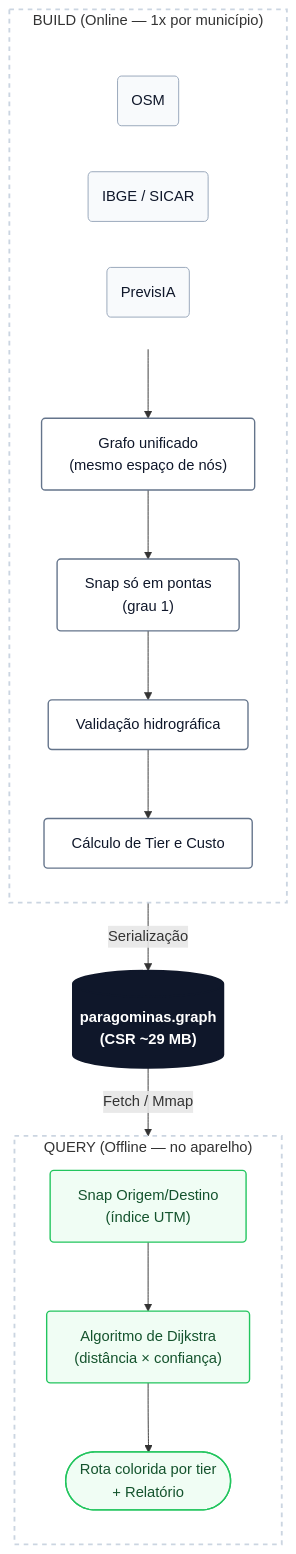
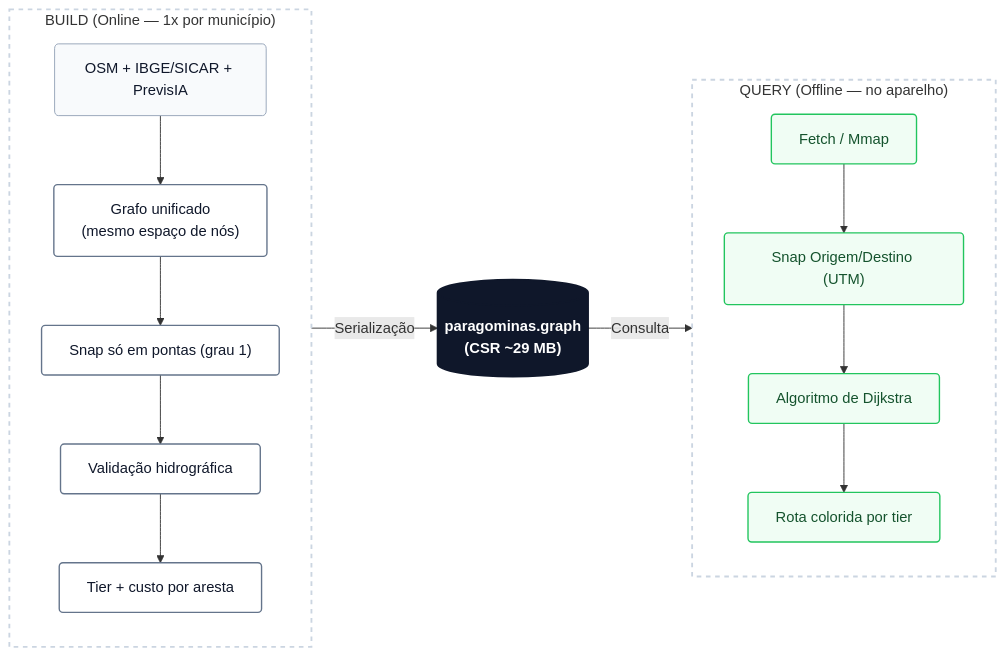
The diagram in README.md (samuel-c-santos/amazoniahack), drawn with Mermaid before and after one commit.

Commit message:
Atualiza o README para refletir melhorias na abordagem de roteamento e resultados obtidos.

````diff
--- a/README.md
+++ b/README.md
@@ -46,49 +46,39 @@
 ```mermaid
-flowchart TB
-    %% Paleta de alta legibilidade (UX limpo, foco em contraste para o GitHub)
+flowchart LR
+    %% Estilos limpos e acadêmicos
     classDef source fill:#f8fafc,stroke:#94a3b8,stroke-width:1px,color:#0f172a,rx:4px
     classDef process fill:#ffffff,stroke:#64748b,stroke-width:1.5px,color:#0f172a,rx:4px
     classDef artifact fill:#0f172a,stroke:#0f172a,stroke-width:2px,color:#ffffff,font-weight:bold,rx:6px
     classDef query fill:#f0fdf4,stroke:#22c55e,stroke-width:1.5px,color:#14532d,rx:4px
 
     subgraph BUILD ["BUILD (Online — 1x por município)"]
         direction TB
+        B1("OSM + IBGE/SICAR + PrevisIA"):::source
+        B2["Grafo unificado<br/>(mesmo espaço de nós)"]:::process
+        B3["Snap só em pontas (grau 1)"]:::process
+        B4["Validação hidrográfica"]:::process
+        B5["Tier + custo por aresta"]:::process
         
-        subgraph FONTES [" "]
-            direction LR
-            D1("OSM"):::source
-            D2("IBGE / SICAR"):::source
-            D3("PrevisIA"):::source
-        end
-
-        P1["Grafo unificado<br/>(mesmo espaço de nós)"]:::process
-        P2["Snap só em pontas<br/>(grau 1)"]:::process
-        P3["Validação hidrográfica"]:::process
-        P4["Cálculo de Tier e Custo"]:::process
-
-        FONTES --> P1
-        P1 --> P2
-        P2 --> P3
-        P3 --> P4
+        B1 --> B2 --> B3 --> B4 --> B5
     end
 
-    A[("paragominas.graph<br/>(CSR ~29 MB)")]:::artifact
+    DB[("paragominas.graph<br/>(CSR ~29 MB)")]:::artifact
 
     subgraph QUERY ["QUERY (Offline — no aparelho)"]
         direction TB
-        Q1["Snap Origem/Destino<br/>(índice UTM)"]:::query
-        Q2["Algoritmo de Dijkstra<br/>(distância × confiança)"]:::query
-        Q3(["Rota colorida por tier<br/>+ Relatório"]):::query
-
-        Q1 --> Q2
-        Q2 --> Q3
+        Q1["Fetch / Mmap"]:::query
+        Q2["Snap Origem/Destino (UTM)"]:::query
+        Q3["Algoritmo de Dijkstra"]:::query
+        Q4["Rota colorida por tier"]:::query
+        
+        Q1 --> Q2 --> Q3 --> Q4
     end
 
-    P4 -->|Serialização| A
-    A -->|Fetch / Mmap| Q1
+    %% O PULO DO GATO: Ligar as bordas dos quadros em vez dos nós de dentro.
+    %% Isso trava o Mermaid e obriga ele a fazer as 3 colunas que você desenhou no ASCII.
+    BUILD -->|Serialização| DB
+    DB -->|Consulta| QUERY
 
-    %% Estilos das caixas de contenção
     style BUILD fill:none,stroke:#cbd5e1,stroke-width:2px,stroke-dasharray: 5 5
     style QUERY fill:none,stroke:#cbd5e1,stroke-width:2px,stroke-dasharray: 5 5
-    style FONTES fill:none,stroke:none
 ```
````
